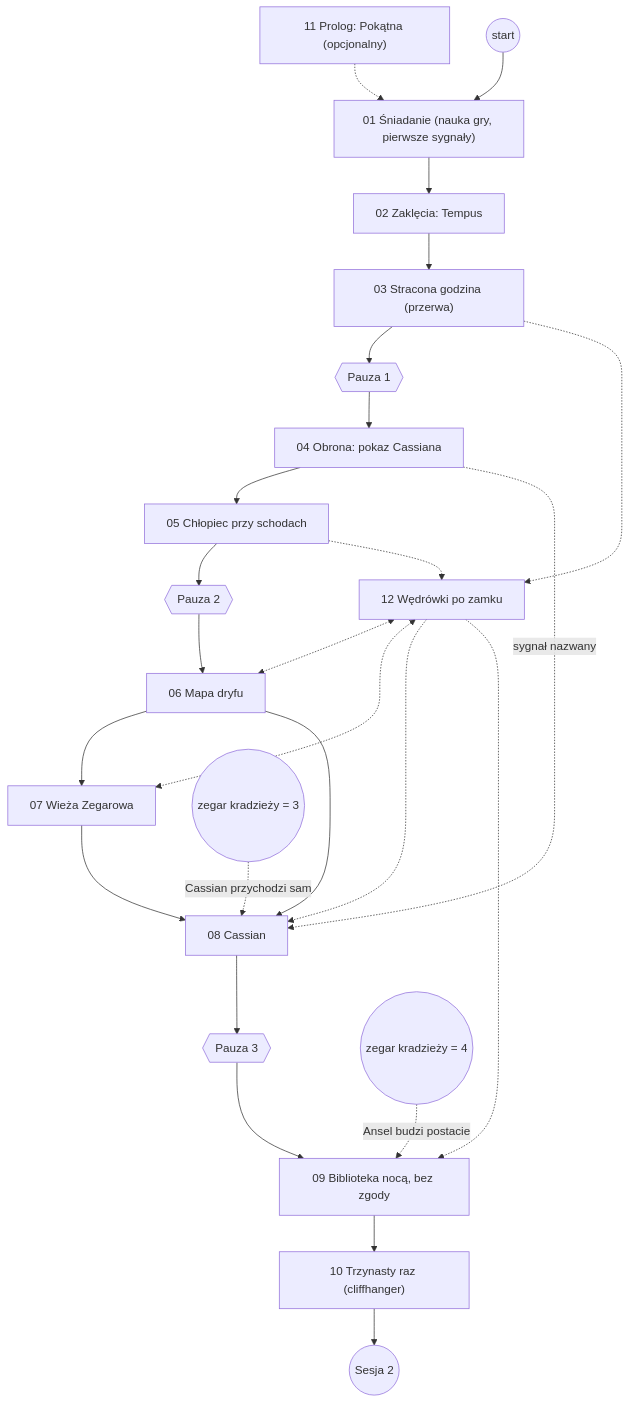
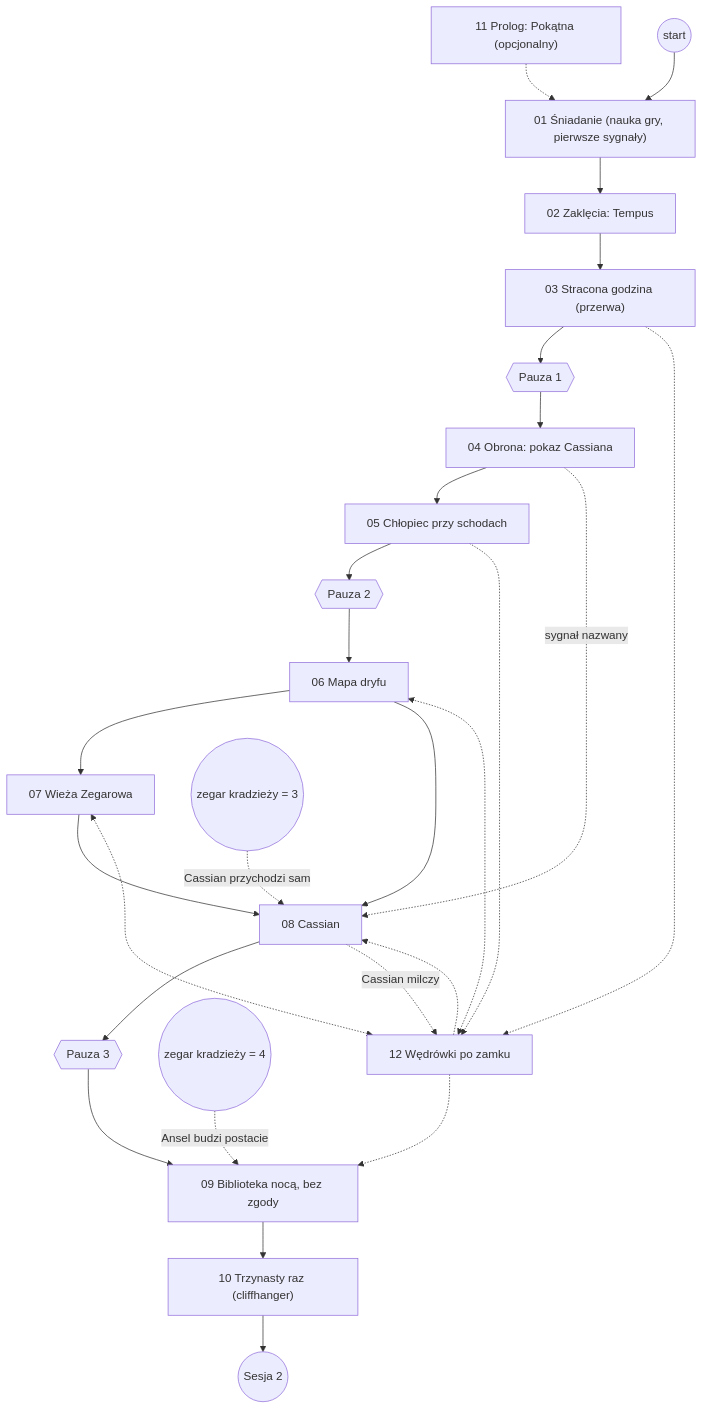
The diagram in 05_scenariusze/s1-godzina-ktorej-nie-bylo/graf-scen.md (evoworld1/hp-1969-campaign), drawn with Mermaid before and after one commit. The commit also changed other lines of this file and 13 other files, not shown here.

````diff
--- a/05_scenariusze/s1-godzina-ktorej-nie-bylo/graf-scen.md
+++ b/05_scenariusze/s1-godzina-ktorej-nie-bylo/graf-scen.md
@@ -19,28 +19,29 @@
 ```mermaid
 flowchart TD
     S11["11 Prolog: Pokątna (opcjonalny)"] -.-> S01
     START(("start")) --> S01["01 Śniadanie (nauka gry, pierwsze sygnały)"]
     S01 --> S02["02 Zaklęcia: Tempus"]
     S02 --> S03["03 Stracona godzina (przerwa)"]
     S03 --> P1{{"Pauza 1"}}
     P1 --> S04["04 Obrona: pokaz Cassiana"]
     S04 --> S05["05 Chłopiec przy schodach"]
     S05 --> P2{{"Pauza 2"}}
     P2 --> S06["06 Mapa dryfu"]
     S06 --> S07["07 Wieża Zegarowa"]
     S06 --> S08["08 Cassian"]
     S07 --> S08
     S04 -. "sygnał nazwany" .-> S08
     ZK(("zegar kradzieży = 3")) -. "Cassian przychodzi sam" .-> S08
     S08 --> P3{{"Pauza 3"}}
     P3 --> S09["09 Biblioteka nocą, bez zgody"]
     ZK4(("zegar kradzieży = 4")) -. "Ansel budzi postacie" .-> S09
     S09 --> S10["10 Trzynasty raz (cliffhanger)"]
     S10 --> S2(("Sesja 2"))
     S12["12 Wędrówki po zamku"] <-.-> S06
     S12 <-.-> S07
     S03 -.-> S12
     S05 -.-> S12
     S12 -.-> S08
     S12 -.-> S09
+    S08 -. "Cassian milczy" .-> S12
 ```
````
